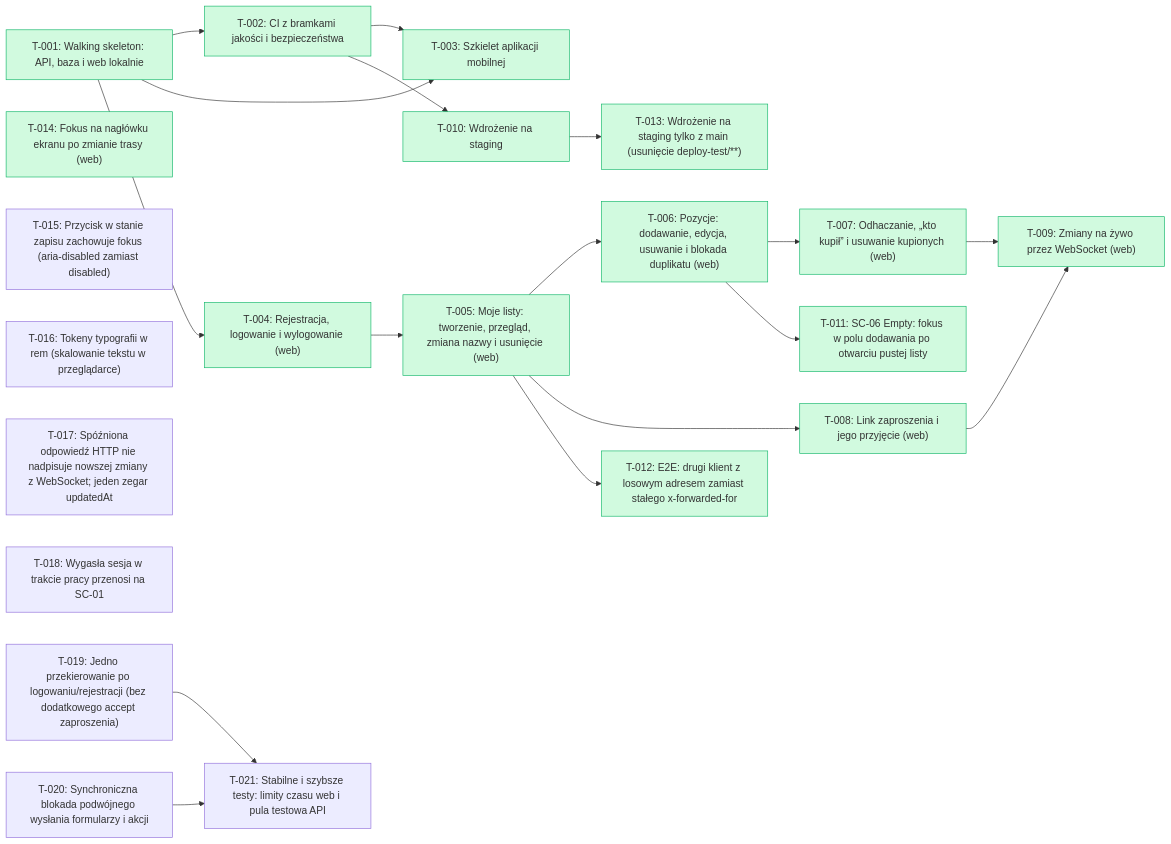
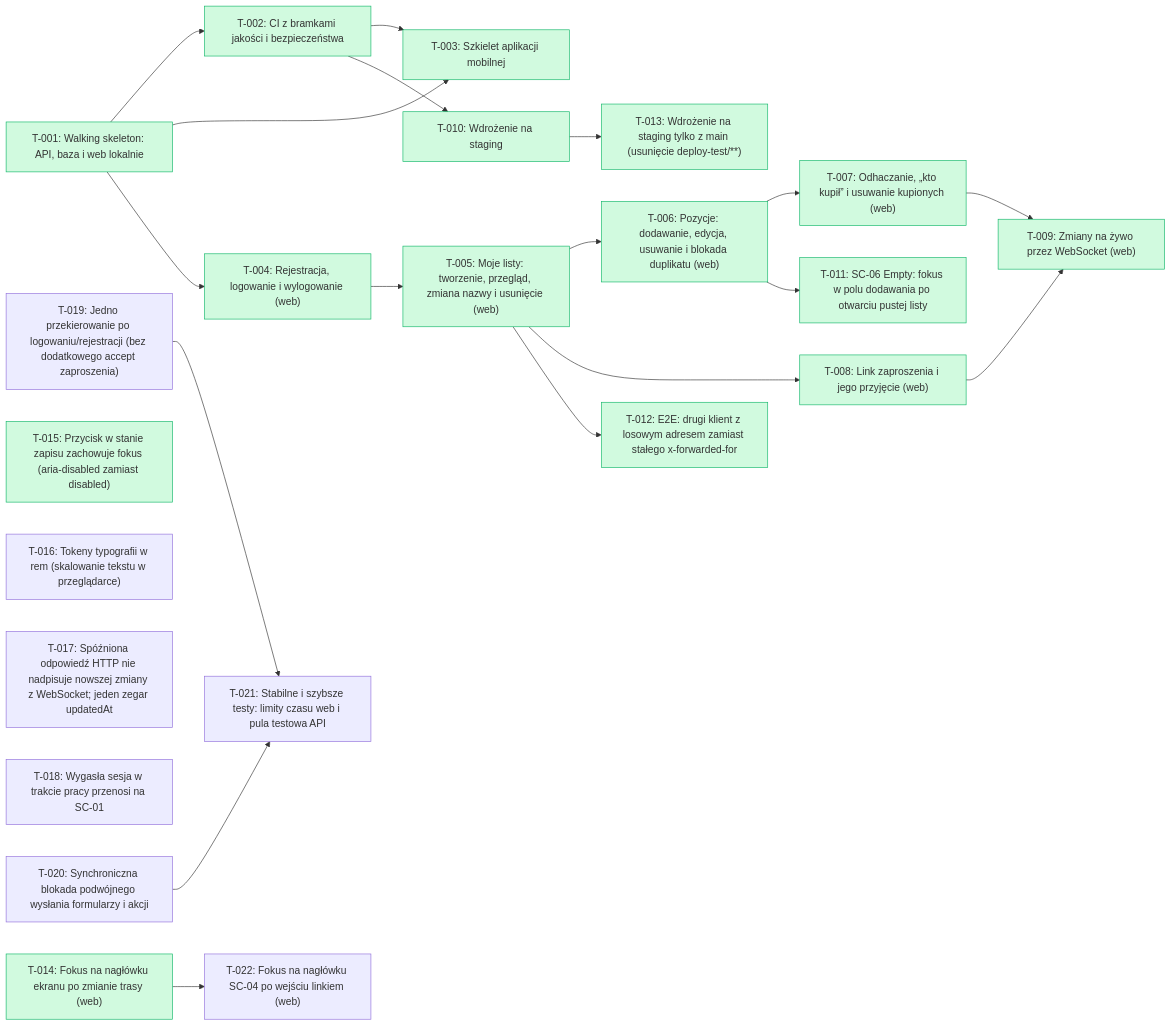
Before and after one commit to tombraz/lista-zakupow: the diagram in docs/backlog/index.md, drawn with Mermaid. The commit also changed other lines of this file and 1 other file, not shown here.

````diff
--- a/docs/backlog/index.md
+++ b/docs/backlog/index.md
@@ -22,44 +22,46 @@
 ```mermaid
 flowchart LR
   T_001["T-001: Walking skeleton: API, baza i web lokalnie"]:::done
   T_002["T-002: CI z bramkami jakości i bezpieczeństwa"]:::done
   T_003["T-003: Szkielet aplikacji mobilnej"]:::done
   T_004["T-004: Rejestracja, logowanie i wylogowanie (web)"]:::done
   T_005["T-005: Moje listy: tworzenie, przegląd, zmiana nazwy i usunięcie (web)"]:::done
   T_006["T-006: Pozycje: dodawanie, edycja, usuwanie i blokada duplikatu (web)"]:::done
   T_007["T-007: Odhaczanie, „kto kupił” i usuwanie kupionych (web)"]:::done
   T_008["T-008: Link zaproszenia i jego przyjęcie (web)"]:::done
   T_009["T-009: Zmiany na żywo przez WebSocket (web)"]:::done
   T_010["T-010: Wdrożenie na staging"]:::done
   T_011["T-011: SC-06 Empty: fokus w polu dodawania po otwarciu pustej listy"]:::done
   T_012["T-012: E2E: drugi klient z losowym adresem zamiast stałego x-forwarded-for"]:::done
   T_013["T-013: Wdrożenie na staging tylko z main (usunięcie deploy-test/**)"]:::done
   T_014["T-014: Fokus na nagłówku ekranu po zmianie trasy (web)"]:::done
-  T_015["T-015: Przycisk w stanie zapisu zachowuje fokus (aria-disabled zamiast disabled)"]
+  T_015["T-015: Przycisk w stanie zapisu zachowuje fokus (aria-disabled zamiast disabled)"]:::done
   T_016["T-016: Tokeny typografii w rem (skalowanie tekstu w przeglądarce)"]
   T_017["T-017: Spóźniona odpowiedź HTTP nie nadpisuje nowszej zmiany z WebSocket; jeden zegar updatedAt"]
   T_018["T-018: Wygasła sesja w trakcie pracy przenosi na SC-01"]
   T_019["T-019: Jedno przekierowanie po logowaniu/rejestracji (bez dodatkowego accept zaproszenia)"]
   T_020["T-020: Synchroniczna blokada podwójnego wysłania formularzy i akcji"]
   T_021["T-021: Stabilne i szybsze testy: limity czasu web i pula testowa API"]
+  T_022["T-022: Fokus na nagłówku SC-04 po wejściu linkiem (web)"]
   T_001 --> T_002
   T_001 --> T_003
   T_002 --> T_003
   T_001 --> T_004
   T_004 --> T_005
   T_005 --> T_006
   T_006 --> T_007
   T_005 --> T_008
   T_007 --> T_009
   T_008 --> T_009
   T_002 --> T_010
   T_006 --> T_011
   T_005 --> T_012
   T_010 --> T_013
   T_019 --> T_021
   T_020 --> T_021
+  T_014 --> T_022
   classDef done fill:#d1fadf,stroke:#12b76a
   classDef wip fill:#fef0c7,stroke:#f79009
   classDef qa fill:#e0eaff,stroke:#2970ff
   classDef blocked fill:#fee4e2,stroke:#f04438
 ```
````
